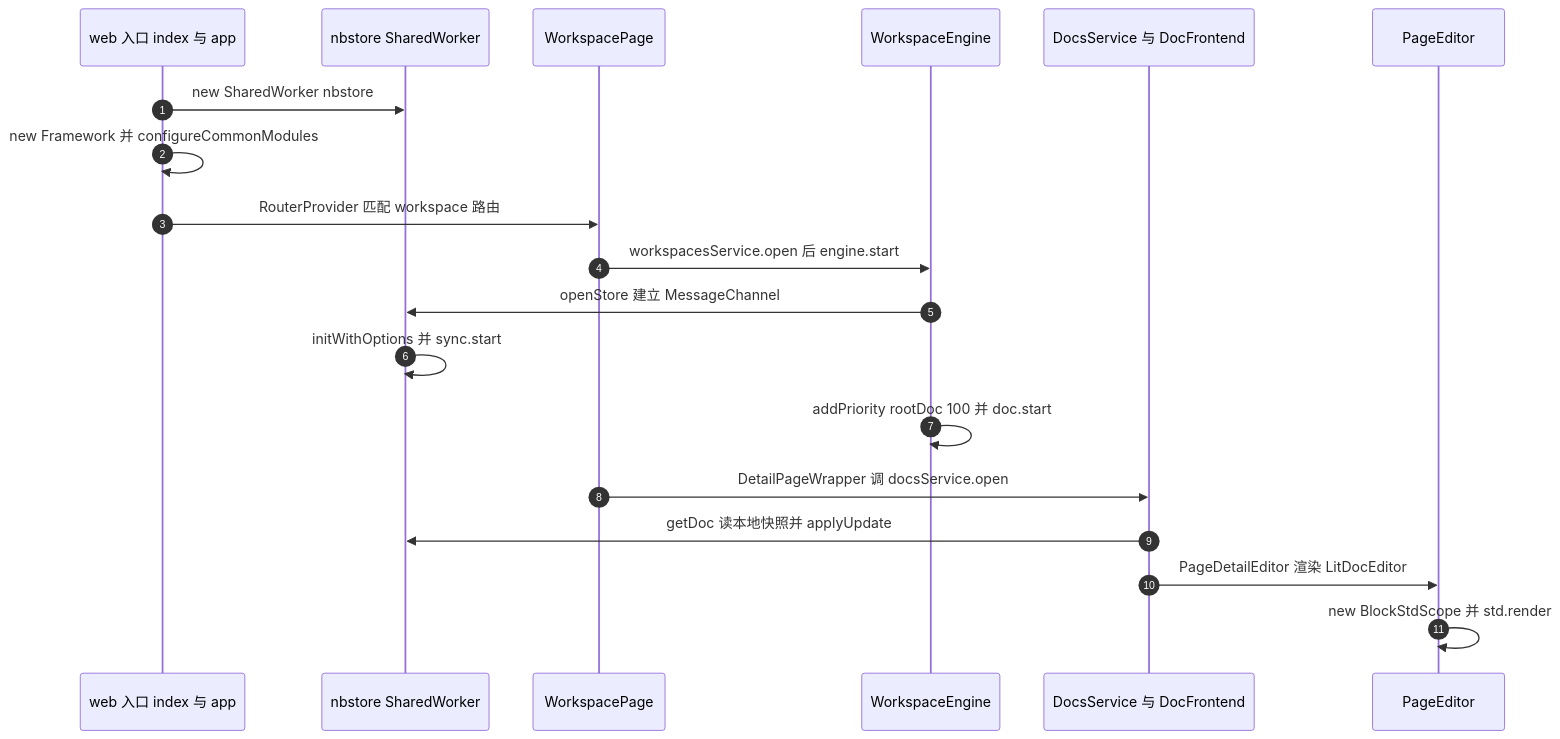
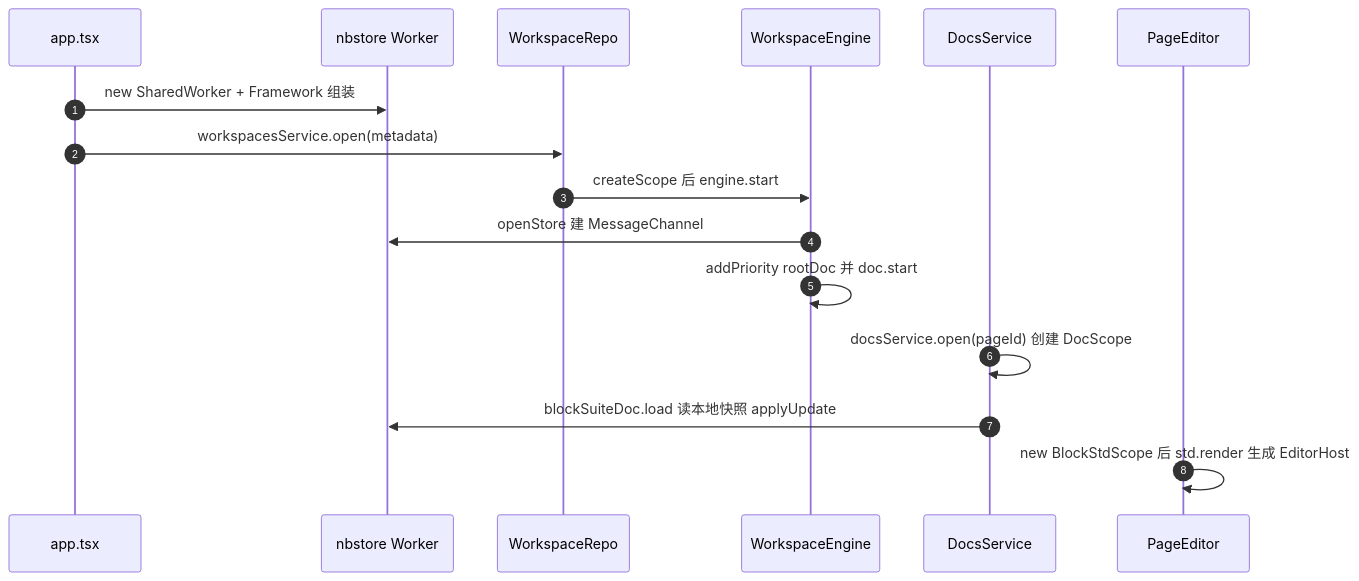
Before and after one commit to lfire/AFFiNE: the second of 6 diagrams in learning-guide/slides/decks/29.md, drawn with Mermaid. The commit also changed other lines of this file and 46 other files, not shown here.

````diff
--- a/learning-guide/slides/decks/29.md
+++ b/learning-guide/slides/decks/29.md
@@ -113,21 +107,18 @@
 ```mermaid
 sequenceDiagram
   autonumber
-  participant APP as web 入口 index 与 app
-  participant WK as nbstore SharedWorker
-  participant WP as WorkspacePage
+  participant APP as app.tsx
+  participant WK as nbstore Worker
+  participant REPO as WorkspaceRepo
   participant ENG as WorkspaceEngine
-  participant DS as DocsService 与 DocFrontend
+  participant DS as DocsService
   participant PE as PageEditor
-  APP->>WK: new SharedWorker nbstore
-  APP->>APP: new Framework 并 configureCommonModules
-  APP->>WP: RouterProvider 匹配 workspace 路由
-  WP->>ENG: workspacesService.open 后 engine.start
-  ENG->>WK: openStore 建立 MessageChannel
-  WK->>WK: initWithOptions 并 sync.start
-  ENG->>ENG: addPriority rootDoc 100 并 doc.start
-  WP->>DS: DetailPageWrapper 调 docsService.open
-  DS->>WK: getDoc 读本地快照并 applyUpdate
-  DS->>PE: PageDetailEditor 渲染 LitDocEditor
-  PE->>PE: new BlockStdScope 并 std.render
+  APP->>WK: new SharedWorker + Framework 组装
+  APP->>REPO: workspacesService.open(metadata)
+  REPO->>ENG: createScope 后 engine.start
+  ENG->>WK: openStore 建 MessageChannel
+  ENG->>ENG: addPriority rootDoc 并 doc.start
+  DS->>DS: docsService.open(pageId) 创建 DocScope
+  DS->>WK: blockSuiteDoc.load 读本地快照 applyUpdate
+  PE->>PE: new BlockStdScope 后 std.render 生成 EditorHost
 ```
````
